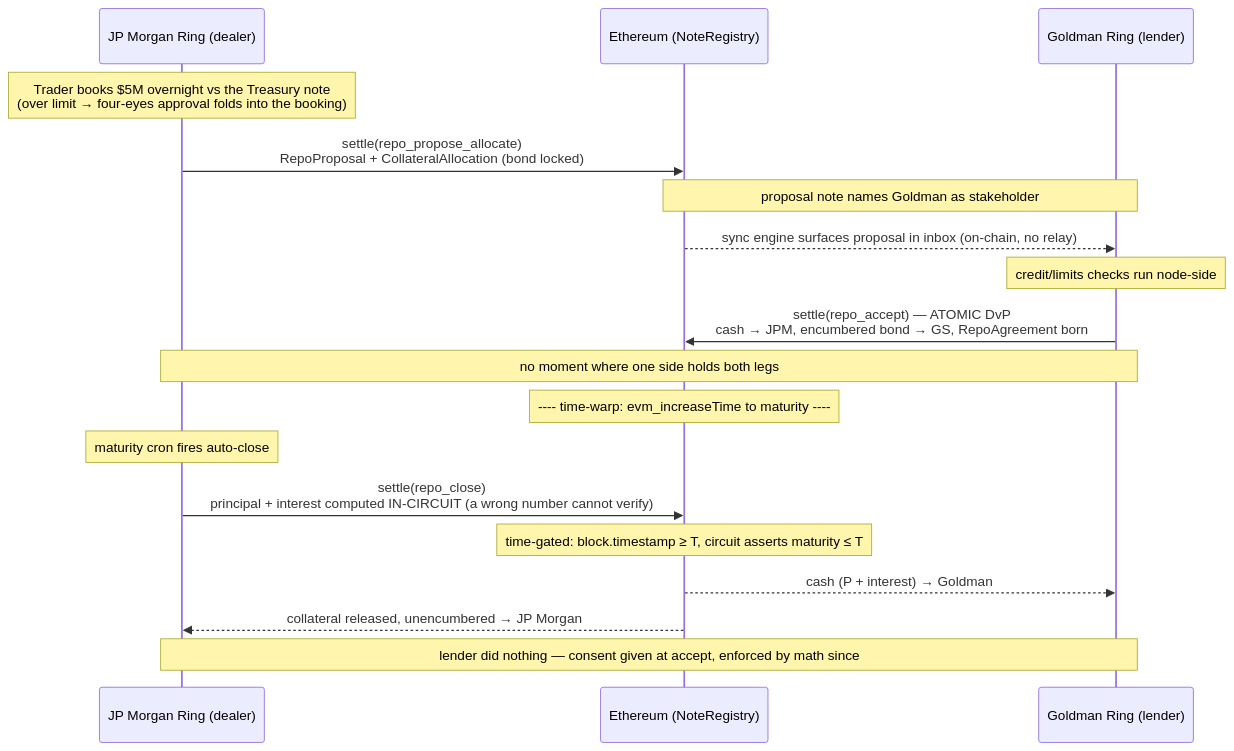
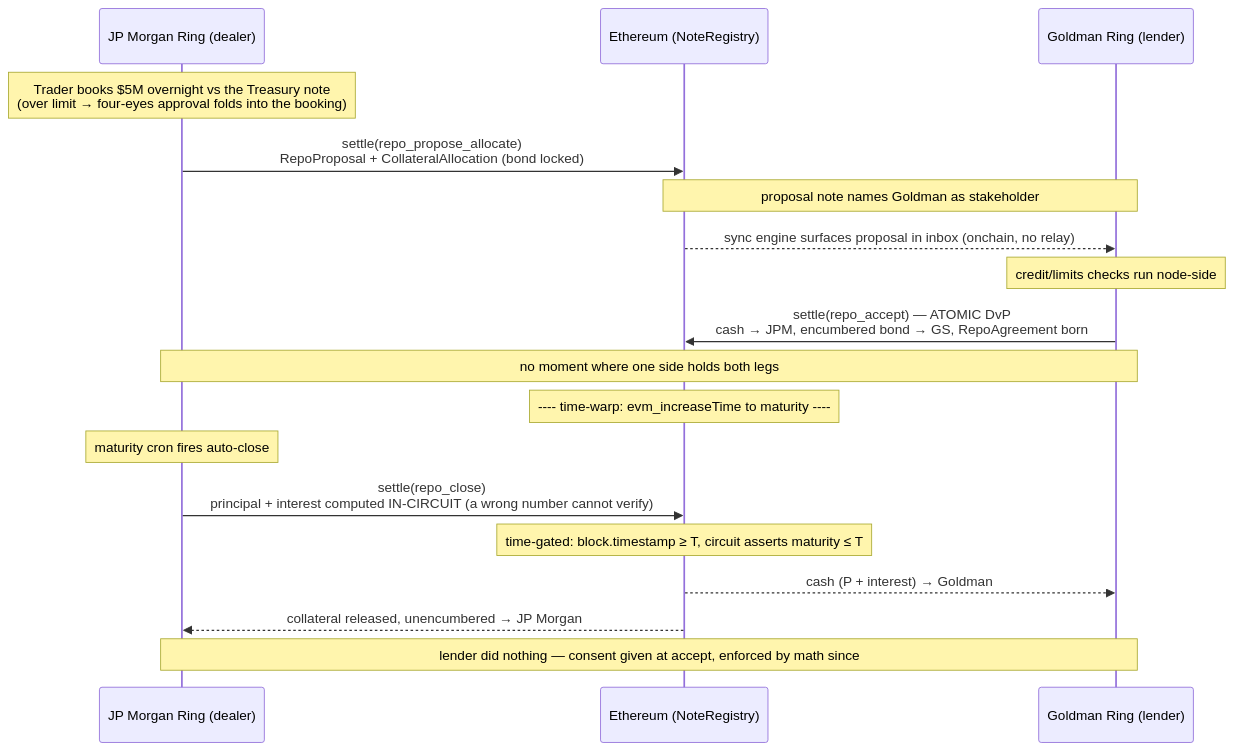
One commit to catmcgee/aragorn changed the second of 2 diagrams in README.md. Above: the diagram before and after it, drawn with Mermaid. The commit also changed other lines of this file and 73 other files, not shown here.

````diff
--- a/README.md
+++ b/README.md
@@ -187,21 +187,21 @@
 ```mermaid
 sequenceDiagram
     participant JPM as JP Morgan Ring (dealer)
     participant ETH as Ethereum (NoteRegistry)
     participant GS as Goldman Ring (lender)
 
     Note over JPM: Trader books $5M overnight vs the Treasury note<br/>(over limit → four-eyes approval folds into the booking)
     JPM->>ETH: settle(repo_propose_allocate)<br/>RepoProposal + CollateralAllocation (bond locked)
     Note over ETH,GS: proposal note names Goldman as stakeholder
-    ETH-->>GS: sync engine surfaces proposal in inbox (on-chain, no relay)
+    ETH-->>GS: sync engine surfaces proposal in inbox (onchain, no relay)
     Note over GS: credit/limits checks run node-side
     GS->>ETH: settle(repo_accept) — ATOMIC DvP<br/>cash → JPM, encumbered bond → GS, RepoAgreement born
     Note over JPM,GS: no moment where one side holds both legs
     Note over ETH: ---- time-warp: evm_increaseTime to maturity ----
     Note over JPM: maturity cron fires auto-close
     JPM->>ETH: settle(repo_close)<br/>principal + interest computed IN-CIRCUIT (a wrong number cannot verify)
     Note over ETH: time-gated: block.timestamp ≥ T, circuit asserts maturity ≤ T
     ETH-->>GS: cash (P + interest) → Goldman
     ETH-->>JPM: collateral released, unencumbered → JP Morgan
     Note over JPM,GS: lender did nothing — consent given at accept, enforced by math since
 ```
````
